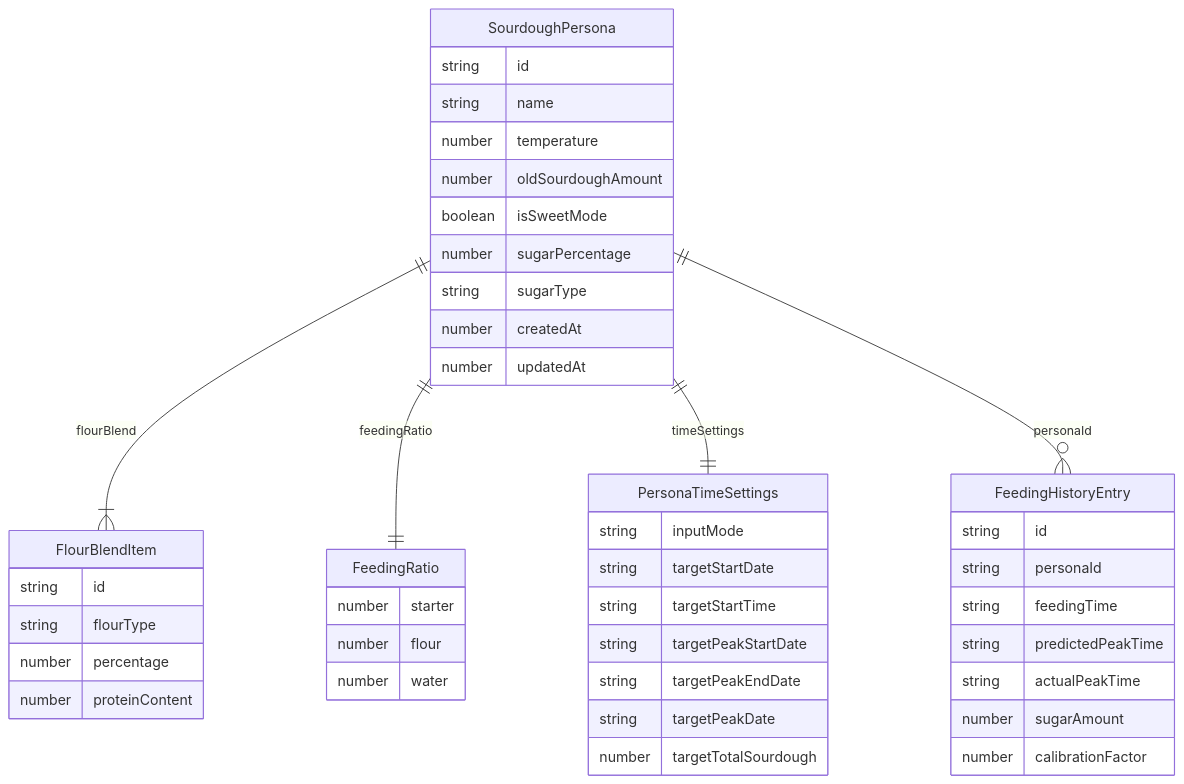
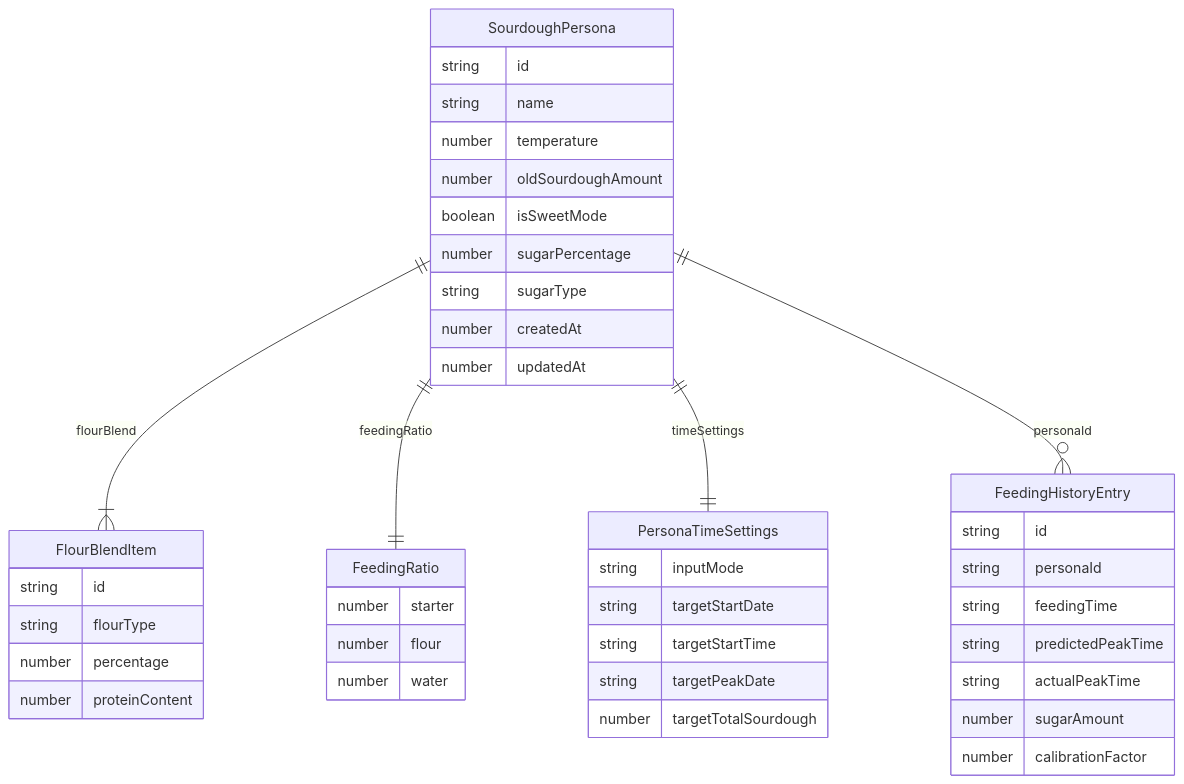
One commit to bendfeldt/sourdoughpeakplanner-ff7502f5 changed the second of 2 diagrams in docs/data-storage.md. Above: the diagram before and after it, drawn with Mermaid. The commit also changed other lines of this file and 15 other files, not shown here.

````diff
--- a/docs/data-storage.md
+++ b/docs/data-storage.md
@@ -75,48 +75,46 @@
 ```mermaid
 erDiagram
     SourdoughPersona ||--|{ FlourBlendItem : "flourBlend"
     SourdoughPersona ||--|| FeedingRatio : "feedingRatio"
     SourdoughPersona ||--|| PersonaTimeSettings : "timeSettings"
     SourdoughPersona ||--o{ FeedingHistoryEntry : "personaId"
 
     SourdoughPersona {
         string id
         string name
         number temperature
         number oldSourdoughAmount
         boolean isSweetMode
         number sugarPercentage
         string sugarType
         number createdAt
         number updatedAt
     }
     FlourBlendItem {
         string id
         string flourType
         number percentage
         number proteinContent
     }
     FeedingRatio {
         number starter
         number flour
         number water
     }
     PersonaTimeSettings {
         string inputMode
         string targetStartDate
         string targetStartTime
-        string targetPeakStartDate
-        string targetPeakEndDate
         string targetPeakDate
         number targetTotalSourdough
     }
     FeedingHistoryEntry {
         string id
         string personaId
         string feedingTime
         string predictedPeakTime
         string actualPeakTime
         number sugarAmount
         number calibrationFactor
     }
 ```
````
